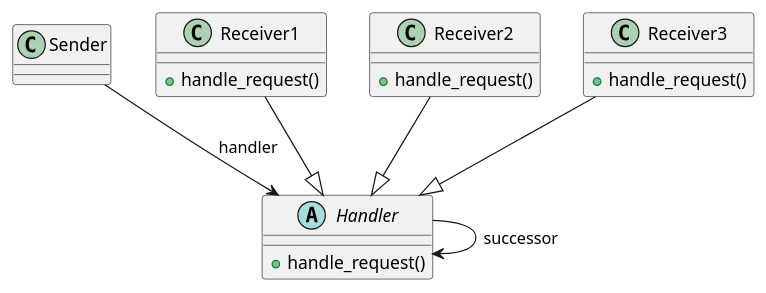
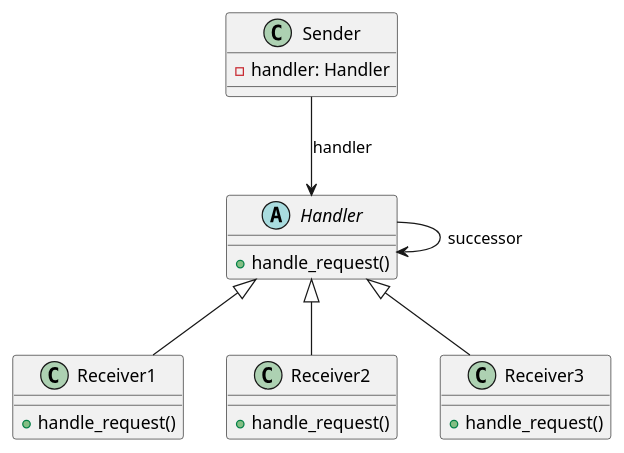
The diagram in raw_resources/images/design_patterns/class_chain_of_responsibility.puml (2DGD-F0TH/2DGD_F0TH), drawn with PlantUML before and after one commit. The commit also changed 23 other files, not shown here.

Commit message:
Updated design patterns UML diagrams

```diff
--- a/raw_resources/images/design_patterns/class_chain_of_responsibility.puml
+++ b/raw_resources/images/design_patterns/class_chain_of_responsibility.puml
@@ -1,29 +1,31 @@
 @startuml
 
-class Sender
+class Sender{
+    -  handler: Handler
+}
 
 abstract class Handler{
     + handle_request()
 }
 
 class Receiver1{
     + handle_request()
 }
 
 class Receiver2{
     + handle_request()
 }
 
 class Receiver3{
     + handle_request()
 }
 
-Receiver1 --|> Handler
-Receiver2 --|> Handler
-Receiver3 --|> Handler
+Receiver1 -up-|> Handler
+Receiver2 -up-|> Handler
+Receiver3 -up-|> Handler
 
 Sender --> Handler: handler
 
 Handler --> Handler: successor
 
 @enduml
```
